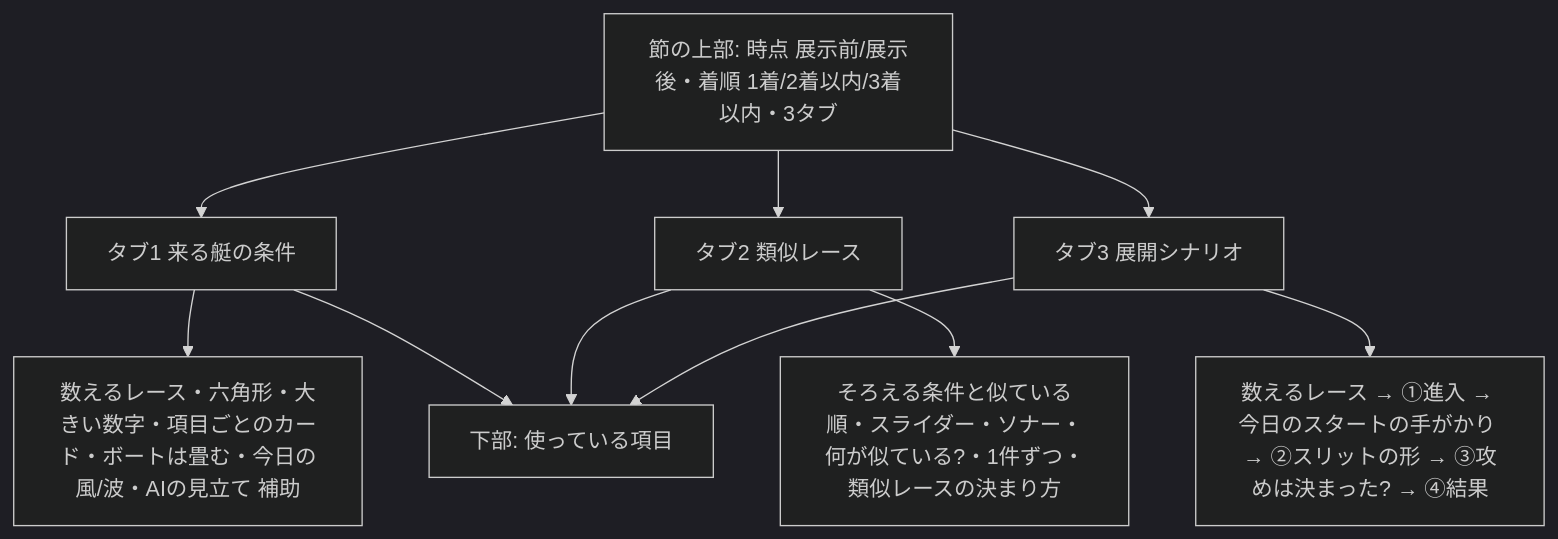
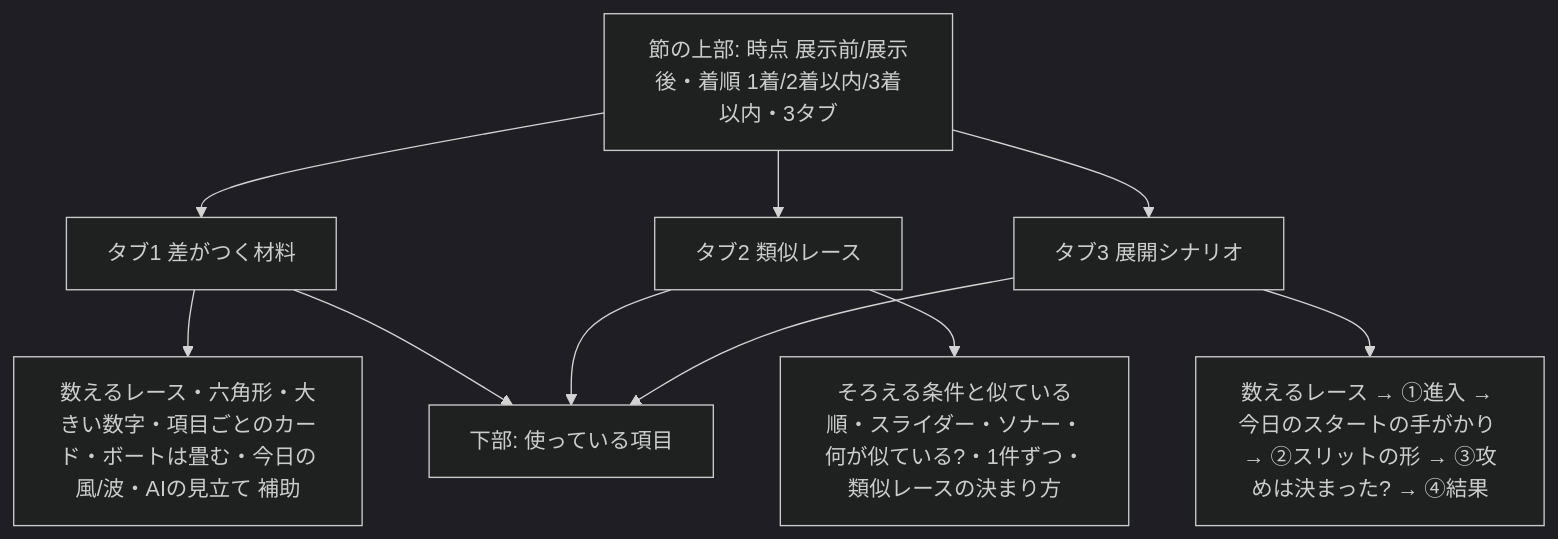
Before and after one commit to rhapsody0919/boatrace-ai-predictor: the diagram in docs/design/analogy-finder/spec.md, drawn with Mermaid (dark theme). The commit also changed other lines of this file and 11 other files, not shown here.

````diff
--- a/docs/design/analogy-finder/spec.md
+++ b/docs/design/analogy-finder/spec.md
@@ -20,10 +20,10 @@
 ```mermaid
 flowchart TD
-  H[節の上部: 時点 展示前/展示後・着順 1着/2着以内/3着以内・3タブ] --> T1[タブ1 来る艇の条件]
+  H[節の上部: 時点 展示前/展示後・着順 1着/2着以内/3着以内・3タブ] --> T1[タブ1 差がつく材料]
   H --> T2[タブ2 類似レース]
   H --> T3[タブ3 展開シナリオ]
   T1 --> T1a[数えるレース・六角形・大きい数字・項目ごとのカード・ボートは畳む・今日の風/波・AIの見立て 補助]
   T2 --> T2a[そろえる条件と似ている順・スライダー・ソナー・何が似ている?・1件ずつ・類似レースの決まり方]
   T3 --> T3a[数えるレース → ①進入 → 今日のスタートの手がかり → ②スリットの形 → ③攻めは決まった? → ④結果]
   T1 & T2 & T3 --> F[下部: 使っている項目]
 ```
````
